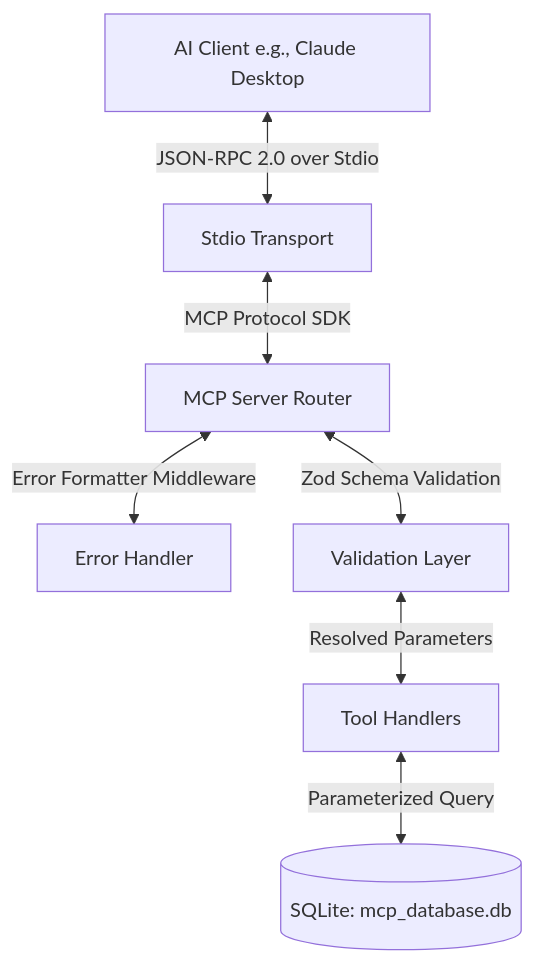
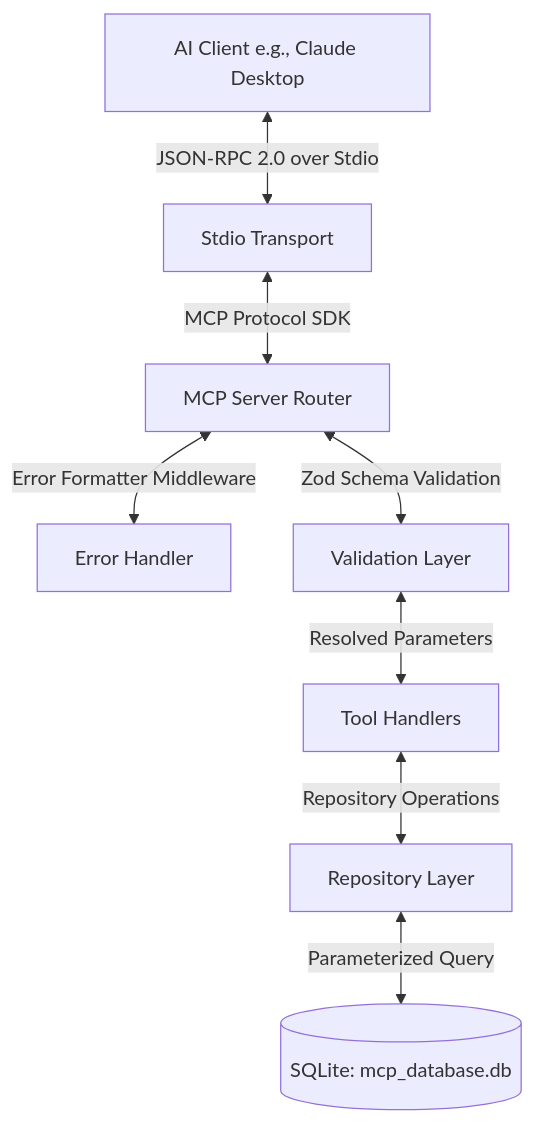
Before and after one commit to aj-jhaveri/mcp-sqlite-bridge: the diagram in README.md, drawn with Mermaid. The commit also changed other lines of this file and 11 other files, not shown here.

````diff
--- a/README.md
+++ b/README.md
@@ -25,9 +25,10 @@
 ```mermaid
 graph TD
     Client[AI Client e.g., Claude Desktop] <-->|JSON-RPC 2.0 over Stdio| Transport[Stdio Transport]
     Transport <-->|MCP Protocol SDK| Server[MCP Server Router]
     Server <-->|Error Formatter Middleware| Middleware[Error Handler]
     Server <-->|Zod Schema Validation| Schemas[Validation Layer]
     Schemas <-->|Resolved Parameters| Handlers[Tool Handlers]
-    Handlers <-->|Parameterized Query| Database[(SQLite: mcp_database.db)]
+    Handlers <-->|Repository Operations| Repository[Repository Layer]
+    Repository <-->|Parameterized Query| Database[(SQLite: mcp_database.db)]
 ```
````
